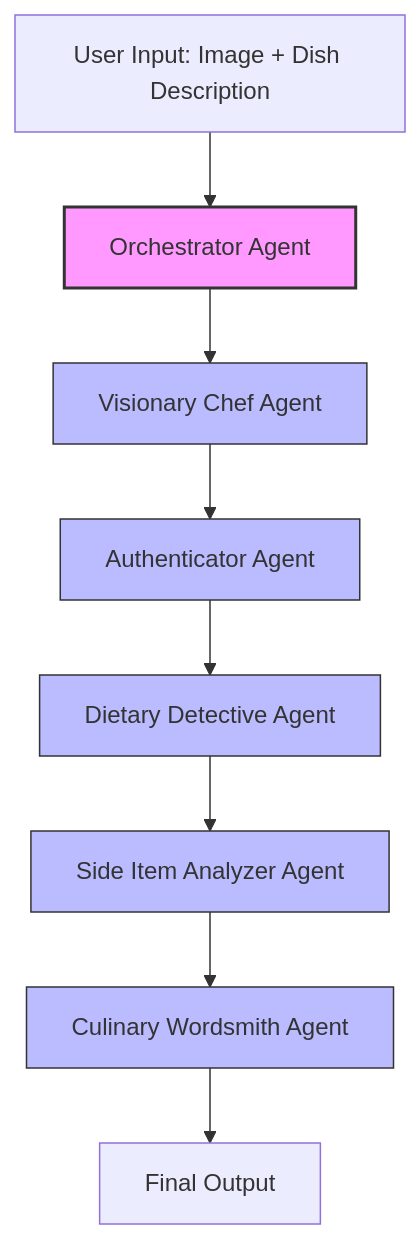
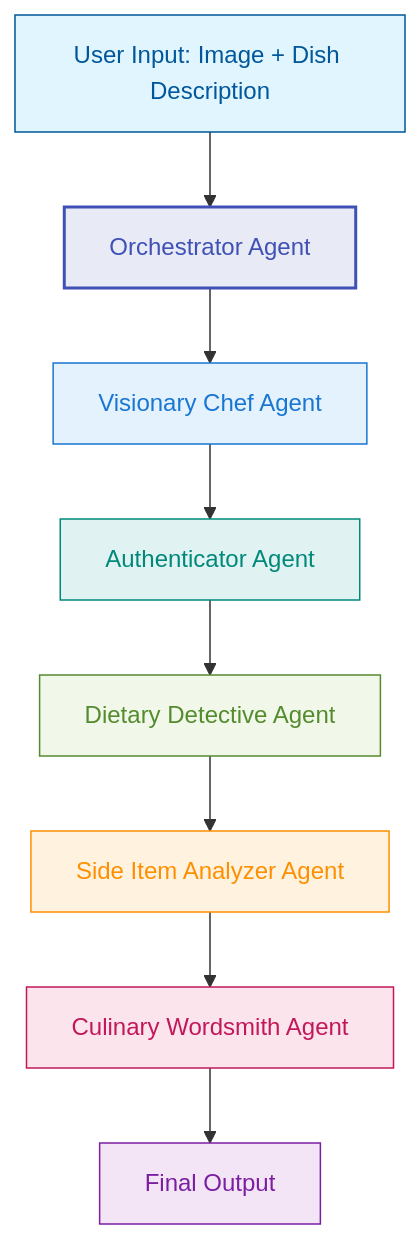
One commit to doitintl/nccg-demo changed the diagram in README.md. Above: the diagram before and after it, drawn with Mermaid.

Commit message:
color changes

````diff
--- a/README.md
+++ b/README.md
@@ -13,17 +13,19 @@
 ```mermaid
 graph TD
     A[User Input: Image + Dish Description] --> B[Orchestrator Agent]
     B --> C[Visionary Chef Agent]
     C --> D[Authenticator Agent]
     D --> E[Dietary Detective Agent]
     E --> F[Side Item Analyzer Agent]
     F --> G[Culinary Wordsmith Agent]
     G --> H[Final Output]
     
-    style B fill:#f9f,stroke:#333,stroke-width:2px
-    style C fill:#bbf,stroke:#333,stroke-width:1px
-    style D fill:#bbf,stroke:#333,stroke-width:1px
-    style E fill:#bbf,stroke:#333,stroke-width:1px
-    style F fill:#bbf,stroke:#333,stroke-width:1px
-    style G fill:#bbf,stroke:#333,stroke-width:1px
+    style A fill:#e1f5fe,stroke:#01579b,stroke-width:1px,color:#01579b
+    style B fill:#e8eaf6,stroke:#3f51b5,stroke-width:2px,color:#3f51b5
+    style C fill:#e3f2fd,stroke:#1976d2,stroke-width:1px,color:#1976d2
+    style D fill:#e0f2f1,stroke:#00897b,stroke-width:1px,color:#00897b
+    style E fill:#f1f8e9,stroke:#558b2f,stroke-width:1px,color:#558b2f
+    style F fill:#fff3e0,stroke:#ff8f00,stroke-width:1px,color:#ff8f00
+    style G fill:#fce4ec,stroke:#c2185b,stroke-width:1px,color:#c2185b
+    style H fill:#f3e5f5,stroke:#7b1fa2,stroke-width:1px,color:#7b1fa2
 ```
````
